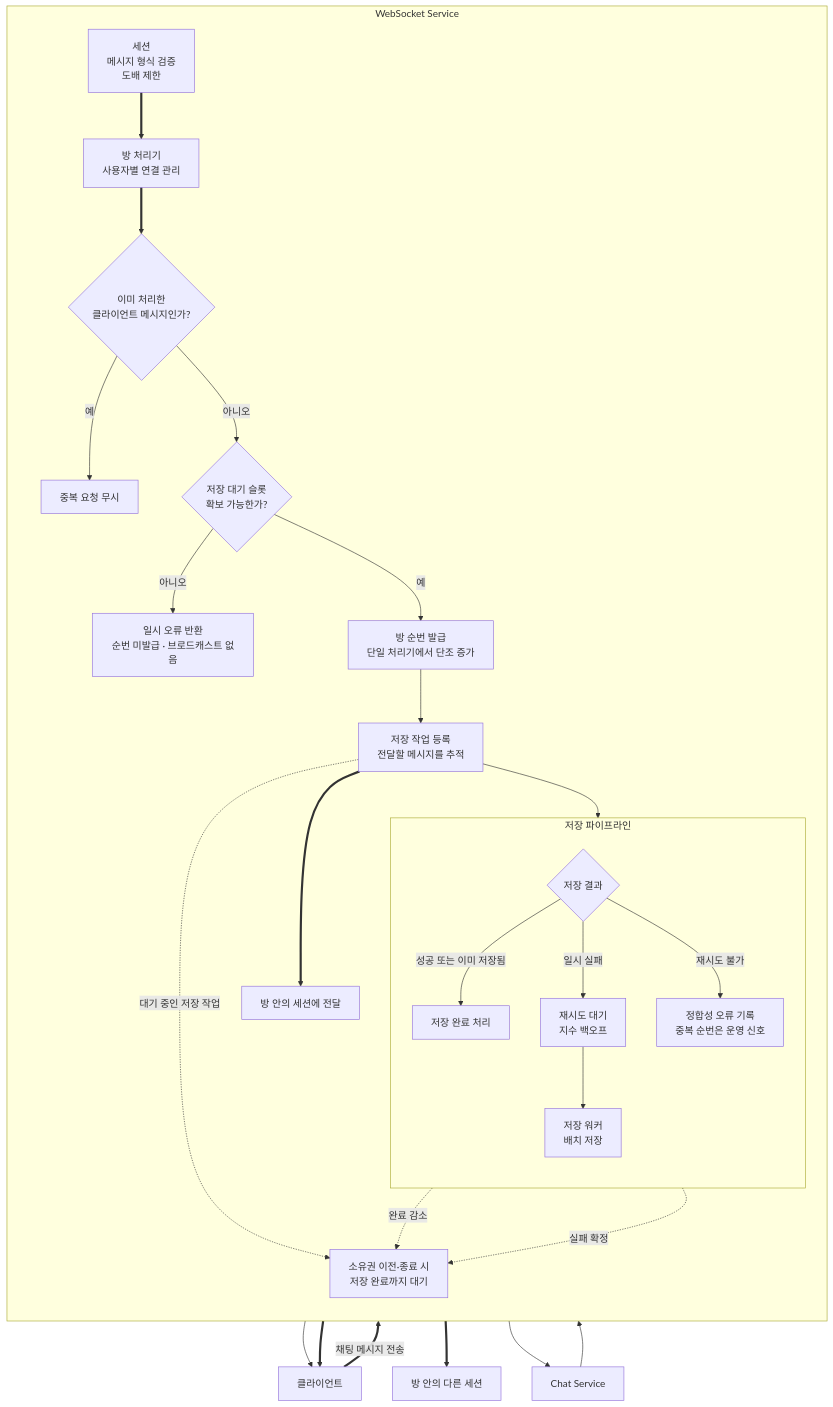
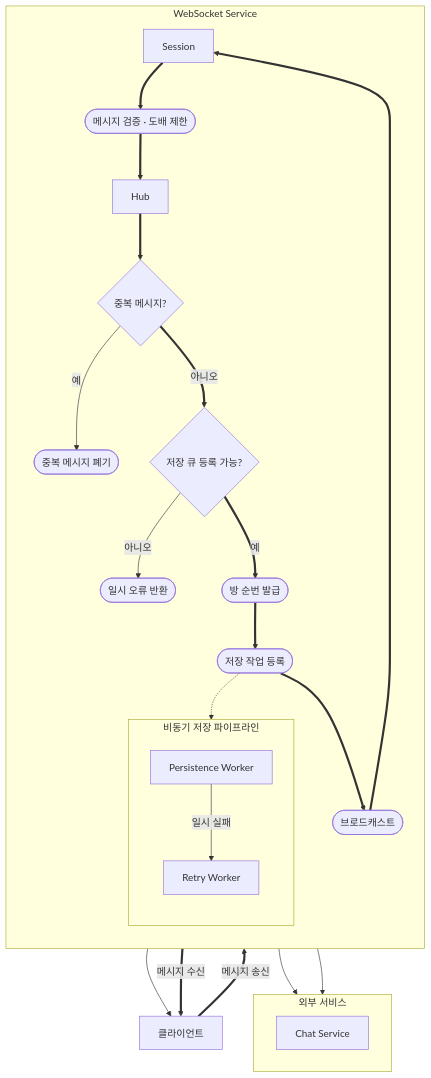
The diagram in docs/diagrams/flow-message.mmd (happyhun/go-chat-msa), drawn with Mermaid before and after one commit. The commit also changed 15 other files, not shown here.

Commit message:
docs: 다이어그램 구성과 문서 참조 정리

```diff
--- a/docs/diagrams/flow-message.mmd
+++ b/docs/diagrams/flow-message.mmd
@@ -1,49 +1,46 @@
 flowchart TB
     Client["클라이언트"]
 
     subgraph WSS ["WebSocket Service"]
         direction TB
-        Session["세션<br/>메시지 형식 검증<br/>도배 제한"]
-        Hub["방 처리기<br/>사용자별 연결 관리"]
-        Dedup{"이미 처리한<br/>클라이언트 메시지인가?"}
-        Drop["중복 요청 무시"]
-        Capacity{"저장 대기 슬롯<br/>확보 가능한가?"}
-        Reject["일시 오류 반환<br/>순번 미발급 · 브로드캐스트 없음"]
-        Sequence["방 순번 발급<br/>단일 처리기에서 단조 증가"]
-        Persist["저장 작업 등록<br/>전달할 메시지를 추적"]
-        Fanout["방 안의 세션에 전달"]
-        Drain["소유권 이전·종료 시<br/>저장 완료까지 대기"]
+        Session["Session"]
+        Validate(["메시지 검증 · 도배 제한"])
+        Hub["Hub"]
+        Dedup{"중복 메시지?"}
+        Drop(["중복 메시지 폐기"])
+        Capacity{"저장 큐 등록 가능?"}
+        Reject(["일시 오류 반환"])
+        Sequence(["방 순번 발급"])
+        Persist(["저장 작업 등록"])
+        Fanout(["브로드캐스트"])
 
-        subgraph Persistence ["저장 파이프라인"]
+        subgraph Persistence ["비동기 저장 파이프라인"]
             direction TB
-            Worker["저장 워커<br/>배치 저장"]
-            Result{"저장 결과"}
-            Retry["재시도 대기<br/>지수 백오프"]
-            Ack["저장 완료 처리"]
-            Conflict["정합성 오류 기록<br/>중복 순번은 운영 신호"]
+            Worker["Persistence Worker"]
+            RetryWorker["Retry Worker"]
         end
     end
 
-    ChatSvc["Chat Service"]
-    Others["방 안의 다른 세션"]
+    subgraph ExternalServices ["외부 서비스"]
+        direction LR
+        ChatSvc["Chat Service"]
+    end
 
-    Client == "채팅 메시지 전송" ==> Session
-    Session ==> Hub
+    Client == "메시지 송신" ==> Session
+    Session ==> Validate
+    Validate ==> Hub
     Hub ==> Dedup
     Dedup -- "예" --> Drop
-    Dedup -- "아니오" --> Capacity
-    Capacity -- "아니오" --> Reject --> Client
-    Capacity -- "예" --> Sequence
-    Sequence --> Persist
+    Dedup == "아니오" ==> Capacity
+    Capacity -- "아니오" --> Reject
+    Reject --> Client
+    Capacity == "예" ==> Sequence
+    Sequence ==> Persist
     Persist ==> Fanout
-    Fanout ==> Client
-    Fanout ==> Others
-    Persist --> Worker --> ChatSvc --> Result
+    Fanout ==> Session
+    Session == "메시지 수신" ==> Client
+    Persist -.-> Worker
+    Worker --> ChatSvc
 
-    Result -- "성공 또는 이미 저장됨" --> Ack
-    Result -- "일시 실패" --> Retry --> Worker
-    Result -- "재시도 불가" --> Conflict
-
-    Persist -. "대기 중인 저장 작업" .-> Drain
-    Ack -. "완료 감소" .-> Drain
-    Conflict -. "실패 확정" .-> Drain
+    Worker -- "일시 실패" --> RetryWorker
+    RetryWorker --> ChatSvc
```
